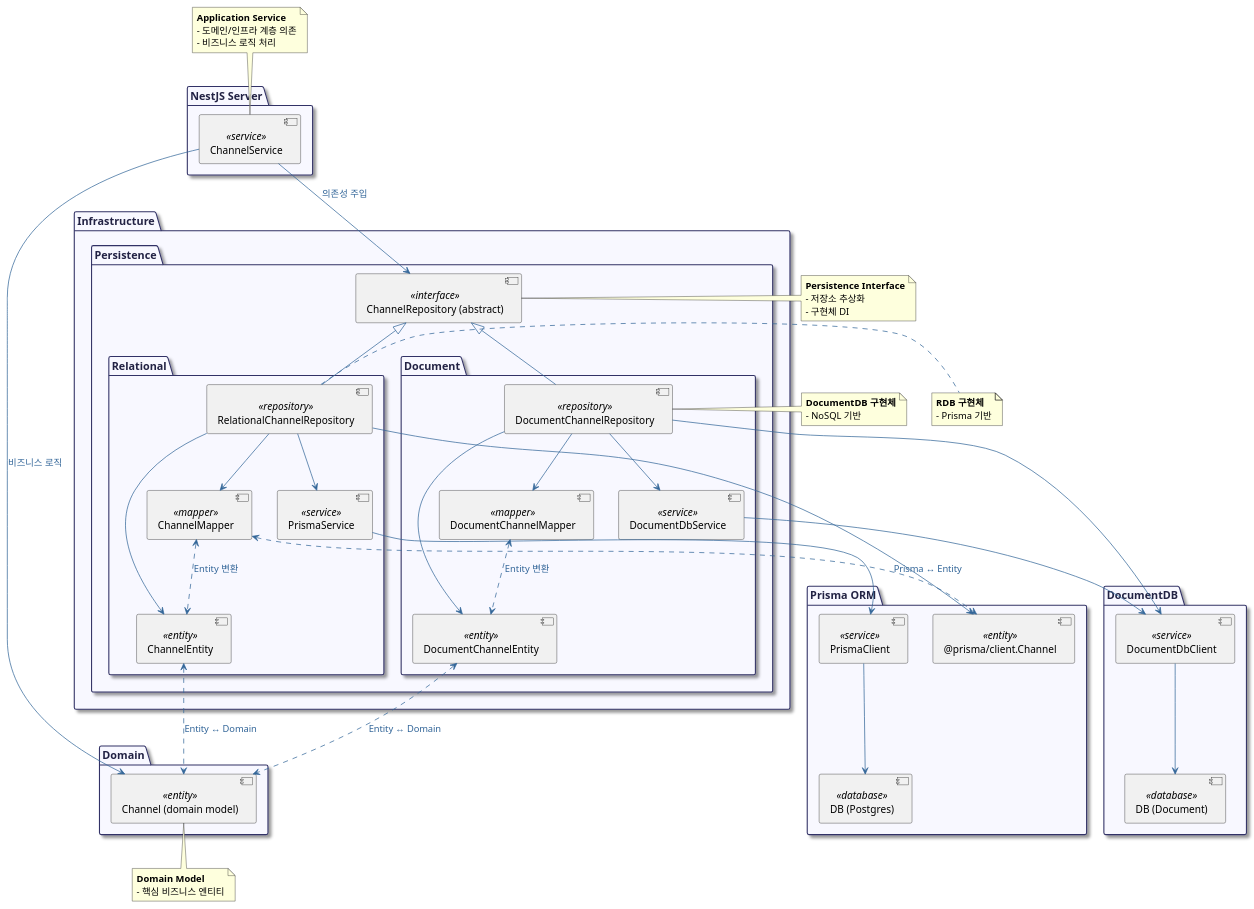
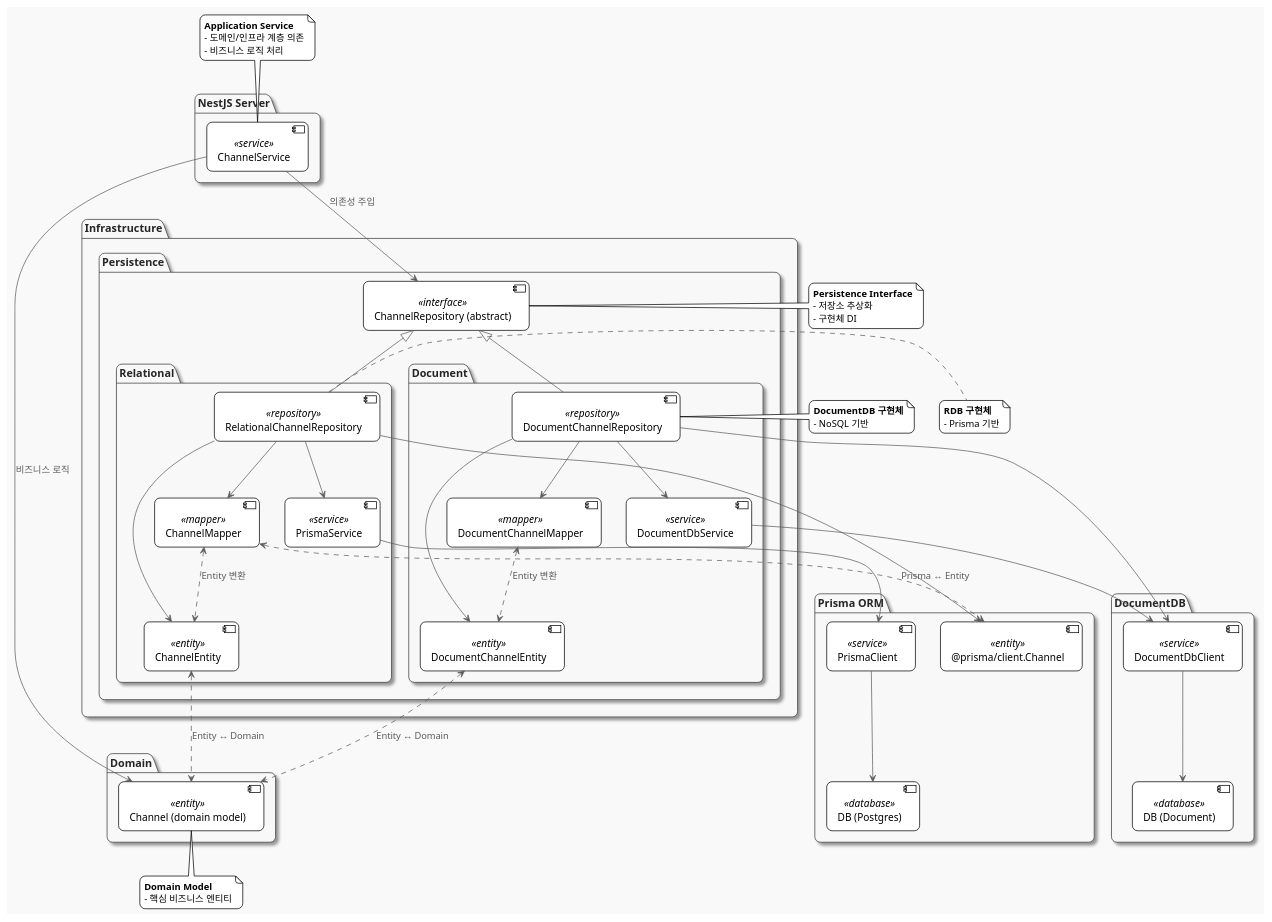
The diagram in backend/api/puml/domain_infra.puml (aw-birdgang/saiondo), drawn with PlantUML before and after one commit. The commit also changed 43 other files, not shown here.

```diff
--- a/backend/api/puml/domain_infra.puml
+++ b/backend/api/puml/domain_infra.puml
@@ -1,118 +1,127 @@
 @startuml
-' 스타일
+!theme plain
+skinparam componentStyle uml2
+skinparam shadowing false
+skinparam roundcorner 15
+skinparam monochrome true
+skinparam backgroundColor #F9F9F9
+skinparam ArrowColor Black
+skinparam ArrowFontColor Black
+skinparam defaultFontName "Nanum Gothic"
+
 skinparam package {
   BackgroundColor #F8F8FF
   BorderColor #333366
   FontColor #222244
   FontSize 15
   Shadowing true
 }
 skinparam rectangle {
   BackgroundColor #F0F8FF
   BorderColor #333366
   FontColor #222244
   Shadowing true
 }
 skinparam ArrowColor #336699
 skinparam ArrowFontColor #336699
 skinparam ArrowFontSize 13
 
 ' 서버/엔드포인트
 package "NestJS Server" {
   [ChannelService] <<service>>
 }
 
 ' 도메인 계층
 package "Domain" {
   [Channel (domain model)] <<entity>>
 }
 
 ' 인프라 계층
 package "Infrastructure" {
   package "Persistence" {
     [ChannelRepository (abstract)] <<interface>>
     package "Relational" {
       [RelationalChannelRepository] <<repository>>
       [ChannelEntity] <<entity>>
       [ChannelMapper] <<mapper>>
       [PrismaService] <<service>>
     }
     package "Document" {
       [DocumentChannelRepository] <<repository>>
       [DocumentChannelEntity] <<entity>>
       [DocumentChannelMapper] <<mapper>>
       [DocumentDbService] <<service>>
     }
   }
 }
 
 ' ORM/DB
 package "Prisma ORM" {
   [@prisma/client.Channel] <<entity>>
   [PrismaClient] <<service>>
   [DB (Postgres)] <<database>>
 }
 
 ' Document DB
 package "DocumentDB" {
   [DocumentDbClient] <<service>>
   [DB (Document)] <<database>>
 }
 
 ' 관계
 [ChannelService] --> [ChannelRepository (abstract)] : "의존성 주입"
 [ChannelService] --> [Channel (domain model)] : "비즈니스 로직"
 
 [ChannelRepository (abstract)] <|-- [RelationalChannelRepository]
 [ChannelRepository (abstract)] <|-- [DocumentChannelRepository]
 
 ' Relational
 [RelationalChannelRepository] --> [ChannelEntity]
 [RelationalChannelRepository] --> [ChannelMapper]
 [RelationalChannelRepository] --> [PrismaService]
 [RelationalChannelRepository] --> [@prisma/client.Channel]
 [ChannelMapper] <..> [ChannelEntity] : "Entity 변환"
 [ChannelMapper] <..> [@prisma/client.Channel] : "Prisma ↔ Entity"
 [ChannelEntity] <..> [Channel (domain model)] : "Entity ↔ Domain"
 [PrismaService] --> [PrismaClient]
 [PrismaClient] --> [DB (Postgres)]
 
 ' Document
 [DocumentChannelRepository] --> [DocumentChannelEntity]
 [DocumentChannelRepository] --> [DocumentChannelMapper]
 [DocumentChannelRepository] --> [DocumentDbService]
 [DocumentChannelRepository] --> [DocumentDbClient]
 [DocumentChannelMapper] <..> [DocumentChannelEntity] : "Entity 변환"
 [DocumentChannelEntity] <..> [Channel (domain model)] : "Entity ↔ Domain"
 [DocumentDbService] --> [DocumentDbClient]
 [DocumentDbClient] --> [DB (Document)]
 
 ' 설명 주석
 note top of [ChannelService]
   <b>Application Service</b>
   - 도메인/인프라 계층 의존
   - 비즈니스 로직 처리
 end note
 
 note right of [ChannelRepository (abstract)]
   <b>Persistence Interface</b>
   - 저장소 추상화
   - 구현체 DI
 end note
 
 note right of [RelationalChannelRepository]
   <b>RDB 구현체</b>
   - Prisma 기반
 end note
 
 note right of [DocumentChannelRepository]
   <b>DocumentDB 구현체</b>
   - NoSQL 기반
 end note
 
 note bottom of [Channel (domain model)]
   <b>Domain Model</b>
   - 핵심 비즈니스 엔티티
 end note
 
 @enduml
```
